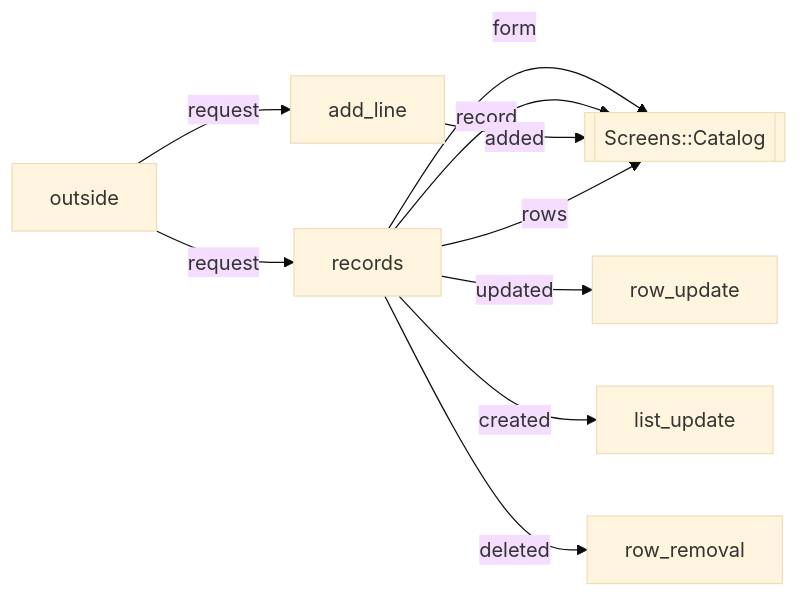
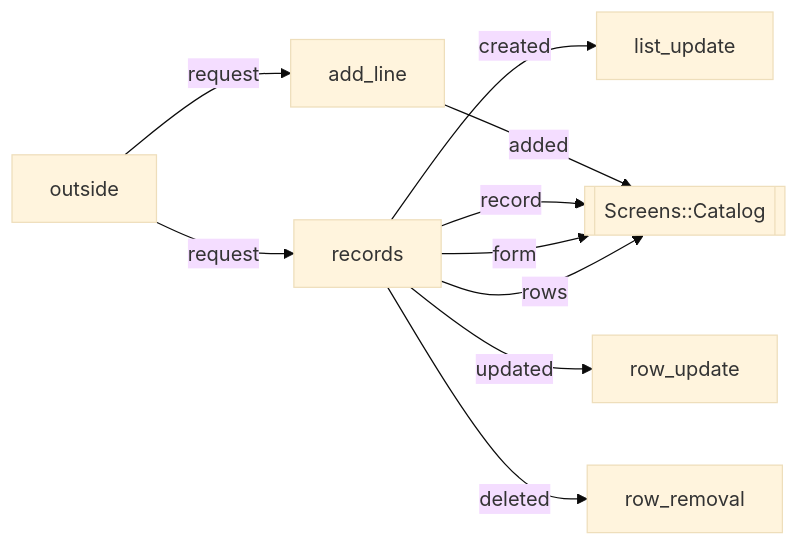
Before and after one commit to modellurgist/ala_variants_ruby: the diagram in v06-plain-rails/docs/diagrams/running/catalog.md, drawn with Mermaid (base theme). The commit also changed other lines of this file and 2574 other files, not shown here.

````diff
--- a/v06-plain-rails/docs/diagrams/running/catalog.md
+++ b/v06-plain-rails/docs/diagrams/running/catalog.md
@@ -3,18 +3,18 @@
 ```mermaid
 flowchart LR
   screen[[Screens::Catalog]]
   records[records]
   list_update[list_update]
   row_update[row_update]
   row_removal[row_removal]
   add_line[add_line]
   outside -- request --> records
+  records -- rows --> screen
   records -- form --> screen
+  records -- created --> list_update
   records -- updated --> row_update
   records -- record --> screen
   outside -- request --> add_line
   add_line -- added --> screen
-  records -- rows --> screen
-  records -- created --> list_update
   records -- deleted --> row_removal
 ```
````
